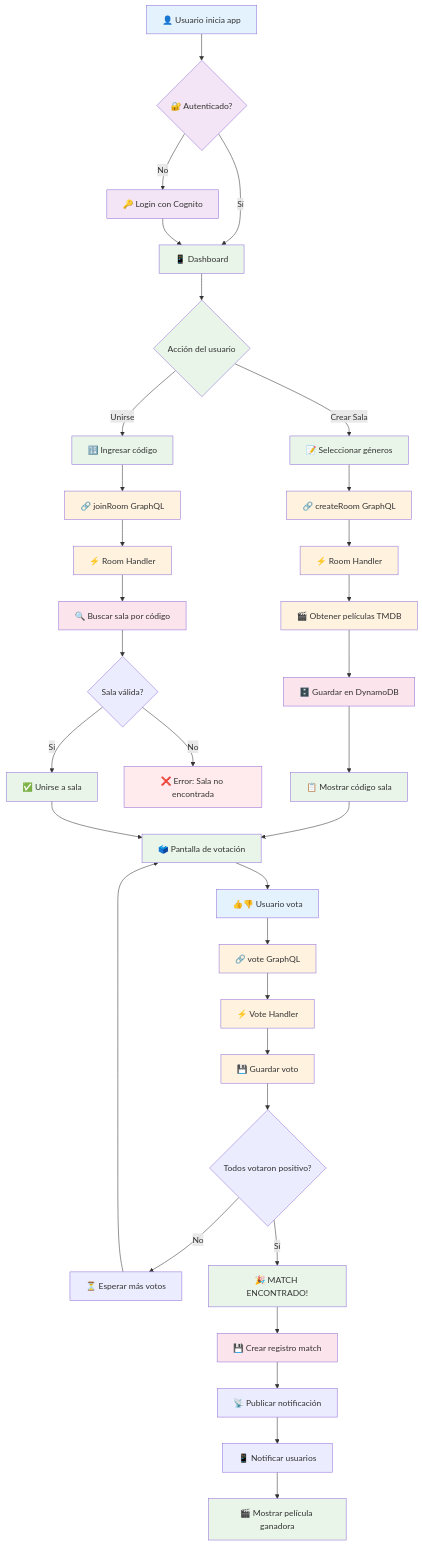
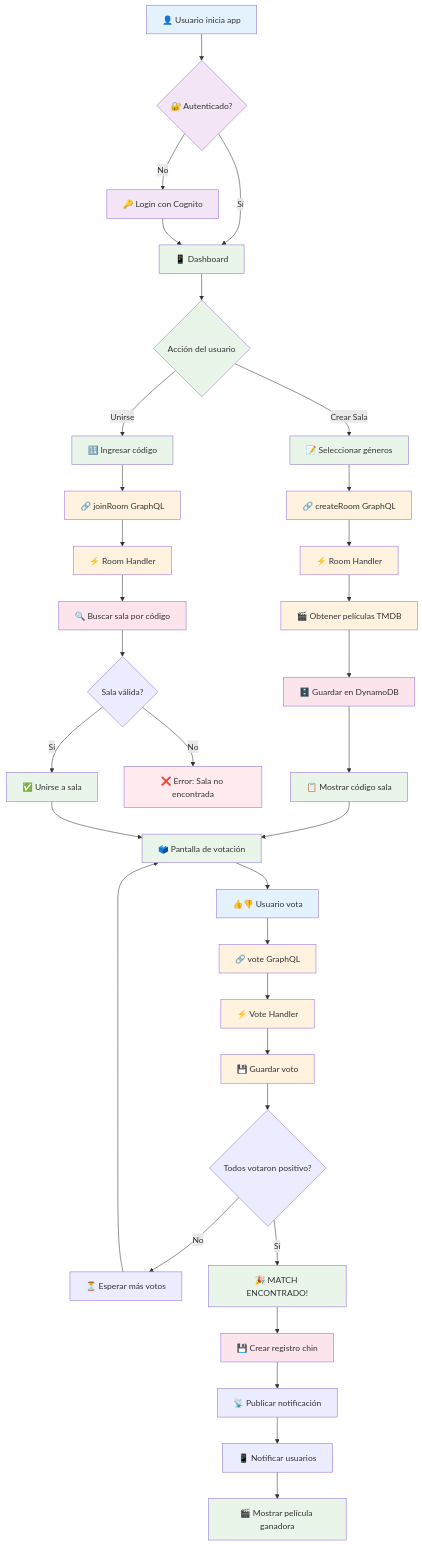
The second of 7 diagrams in docs/technical/diagrams/architecture-overview.md (ibanezbetes/trinity-movie-voting), drawn with Mermaid before and after one commit. The commit also changed other lines of this file and 54 other files, not shown here.

````diff
--- a/docs/technical/diagrams/architecture-overview.md
+++ b/docs/technical/diagrams/architecture-overview.md
@@ -115,60 +115,60 @@
 ```mermaid
 flowchart TD
     A[👤 Usuario inicia app] --> B{🔐 Autenticado?}
     B -->|No| C[🔑 Login con Cognito]
     B -->|Sí| D[📱 Dashboard]
     C --> D
     
     D --> E{Acción del usuario}
     
     E -->|Crear Sala| F[📝 Seleccionar géneros]
     F --> G[🔗 createRoom GraphQL]
     G --> H[⚡ Room Handler]
     H --> I[🎬 Obtener películas TMDB]
     I --> J[🗄️ Guardar en DynamoDB]
     J --> K[📋 Mostrar código sala]
     
     E -->|Unirse| L[🔢 Ingresar código]
     L --> M[🔗 joinRoom GraphQL]
     M --> N[⚡ Room Handler]
     N --> O[🔍 Buscar sala por código]
     O --> P{Sala válida?}
     P -->|No| Q[❌ Error: Sala no encontrada]
     P -->|Sí| R[✅ Unirse a sala]
     
     K --> S[🗳️ Pantalla de votación]
     R --> S
     
     S --> T[👍👎 Usuario vota]
     T --> U[🔗 vote GraphQL]
     U --> V[⚡ Vote Handler]
     V --> W[💾 Guardar voto]
     W --> X{Todos votaron positivo?}
     
     X -->|No| Y[⏳ Esperar más votos]
     X -->|Sí| Z[🎉 MATCH ENCONTRADO!]
     
-    Z --> AA[💾 Crear registro match]
+    Z --> AA[💾 Crear registro chin]
     AA --> AB[📡 Publicar notificación]
     AB --> AC[📱 Notificar usuarios]
     AC --> AD[🎬 Mostrar película ganadora]
     
     Y --> S
     
     %% Styling
     classDef user fill:#e3f2fd
     classDef auth fill:#f3e5f5
     classDef action fill:#e8f5e8
     classDef process fill:#fff3e0
     classDef storage fill:#fce4ec
     classDef success fill:#e8f5e8
     classDef error fill:#ffebee
     
     class A,T user
     class B,C auth
     class D,E,F,L,S action
     class G,H,I,M,N,U,V,W process
     class J,O,AA storage
     class K,R,Z,AD success
     class Q error
 ```
````
